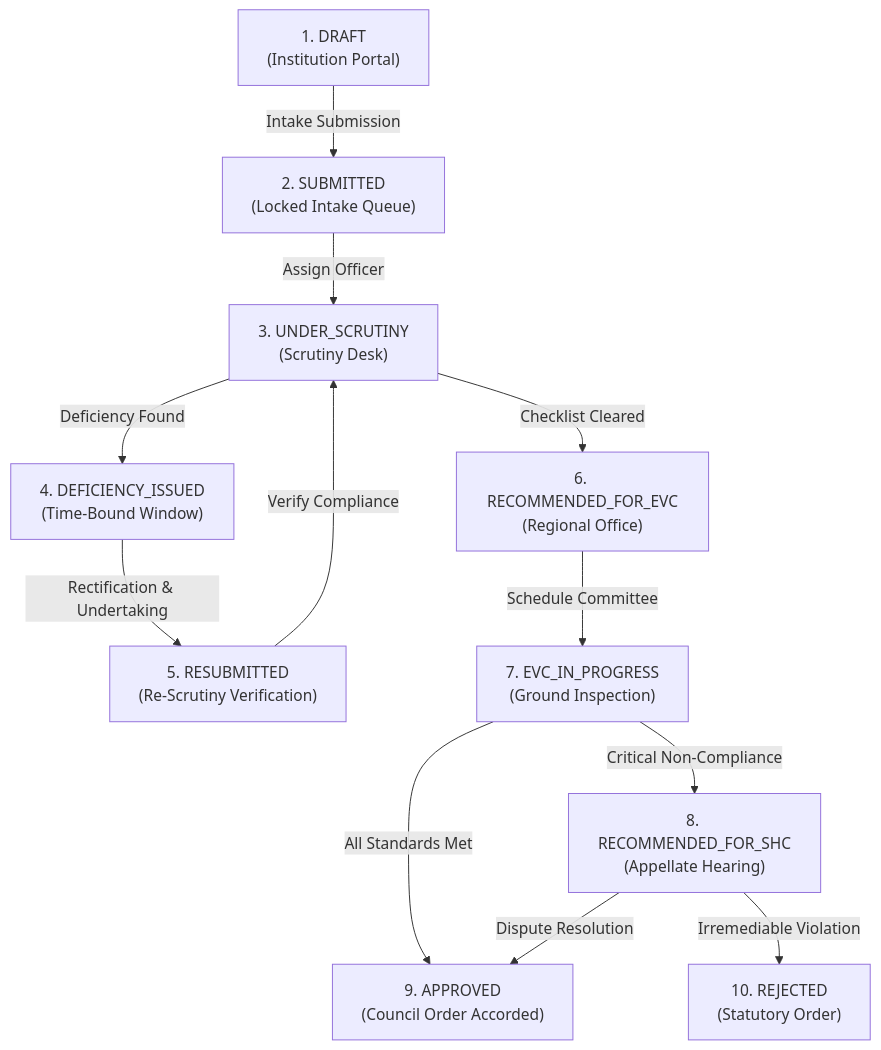
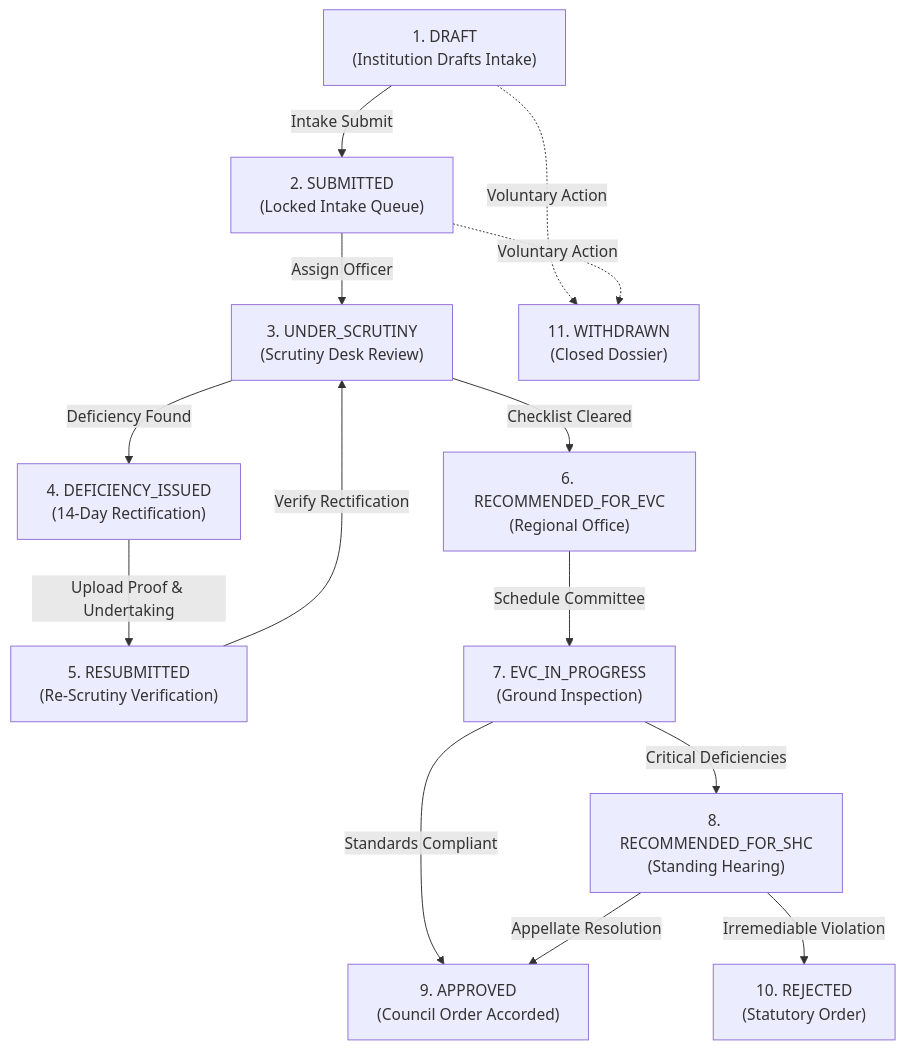
Before and after one commit to Arnz18/ApprovalSync: the first of 2 diagrams in README.md, drawn with Mermaid. The commit also changed other lines of this file, not shown here.

````diff
--- a/README.md
+++ b/README.md
@@ -87,18 +146,21 @@
 ```mermaid
 flowchart TD
-    DRAFT["1. DRAFT<br/>(Institution Portal)"] -->|Intake Submission| SUBMITTED["2. SUBMITTED<br/>(Locked Intake Queue)"]
-    SUBMITTED -->|Assign Officer| UNDER_SCRUTINY["3. UNDER_SCRUTINY<br/>(Scrutiny Desk)"]
+    DRAFT["1. DRAFT<br/>(Institution Drafts Intake)"] -->|Intake Submit| SUBMITTED["2. SUBMITTED<br/>(Locked Intake Queue)"]
+    SUBMITTED -->|Assign Officer| UNDER_SCRUTINY["3. UNDER_SCRUTINY<br/>(Scrutiny Desk Review)"]
     
-    UNDER_SCRUTINY -->|Deficiency Found| DEFICIENCY_ISSUED["4. DEFICIENCY_ISSUED<br/>(Time-Bound Window)"]
-    DEFICIENCY_ISSUED -->|Rectification & Undertaking| RESUBMITTED["5. RESUBMITTED<br/>(Re-Scrutiny Verification)"]
-    RESUBMITTED -->|Verify Compliance| UNDER_SCRUTINY
+    UNDER_SCRUTINY -->|Deficiency Found| DEFICIENCY_ISSUED["4. DEFICIENCY_ISSUED<br/>(14-Day Rectification)"]
+    DEFICIENCY_ISSUED -->|Upload Proof & Undertaking| RESUBMITTED["5. RESUBMITTED<br/>(Re-Scrutiny Verification)"]
+    RESUBMITTED -->|Verify Rectification| UNDER_SCRUTINY
     
     UNDER_SCRUTINY -->|Checklist Cleared| RECOMMENDED_FOR_EVC["6. RECOMMENDED_FOR_EVC<br/>(Regional Office)"]
     RECOMMENDED_FOR_EVC -->|Schedule Committee| EVC_IN_PROGRESS["7. EVC_IN_PROGRESS<br/>(Ground Inspection)"]
     
-    EVC_IN_PROGRESS -->|Critical Non-Compliance| RECOMMENDED_FOR_SHC["8. RECOMMENDED_FOR_SHC<br/>(Appellate Hearing)"]
-    EVC_IN_PROGRESS -->|All Standards Met| APPROVED["9. APPROVED<br/>(Council Order Accorded)"]
+    EVC_IN_PROGRESS -->|Critical Deficiencies| RECOMMENDED_FOR_SHC["8. RECOMMENDED_FOR_SHC<br/>(Standing Hearing)"]
+    EVC_IN_PROGRESS -->|Standards Compliant| APPROVED["9. APPROVED<br/>(Council Order Accorded)"]
     
-    RECOMMENDED_FOR_SHC -->|Dispute Resolution| APPROVED
+    RECOMMENDED_FOR_SHC -->|Appellate Resolution| APPROVED
     RECOMMENDED_FOR_SHC -->|Irremediable Violation| REJECTED["10. REJECTED<br/>(Statutory Order)"]
+
+    DRAFT -.->|Voluntary Action| WITHDRAWN["11. WITHDRAWN<br/>(Closed Dossier)"]
+    SUBMITTED -.->|Voluntary Action| WITHDRAWN
 ```
````
